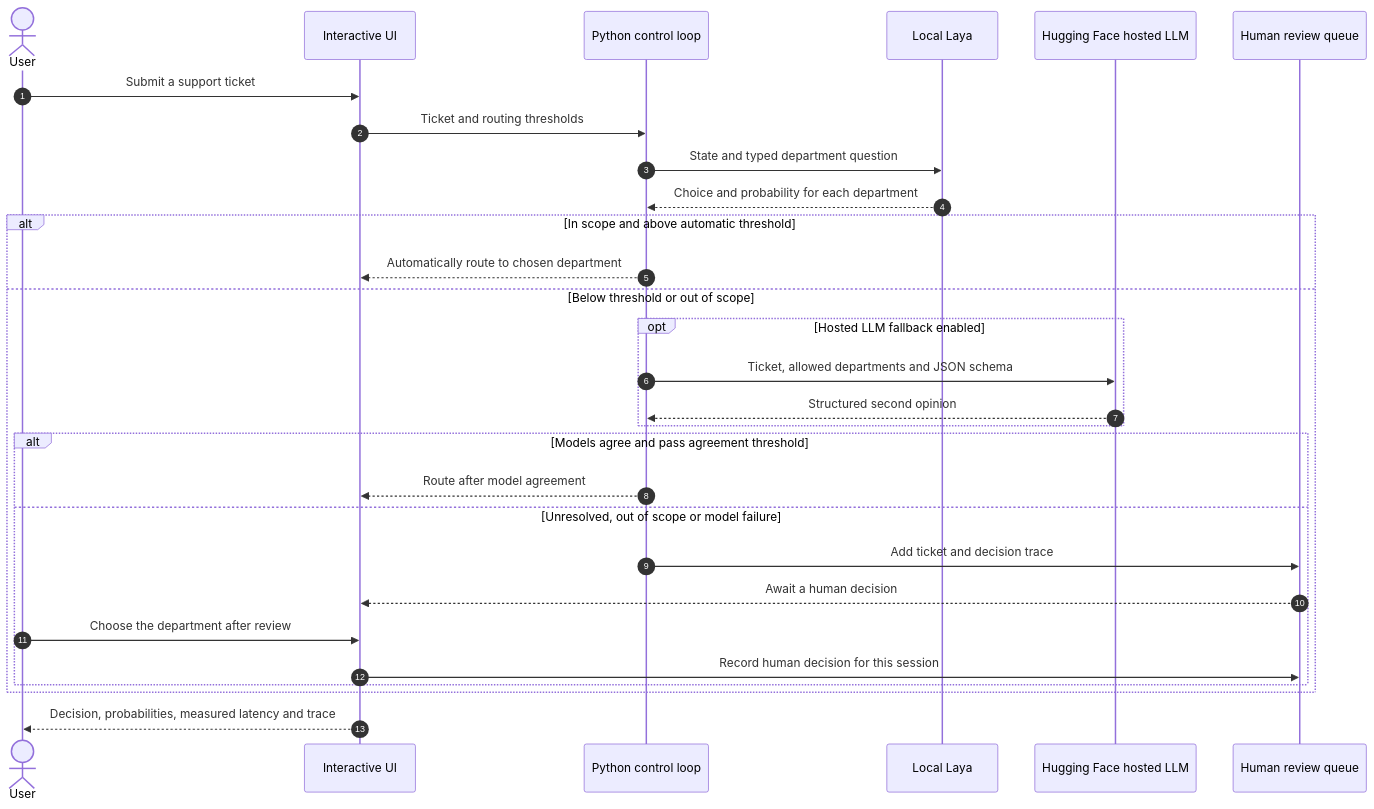
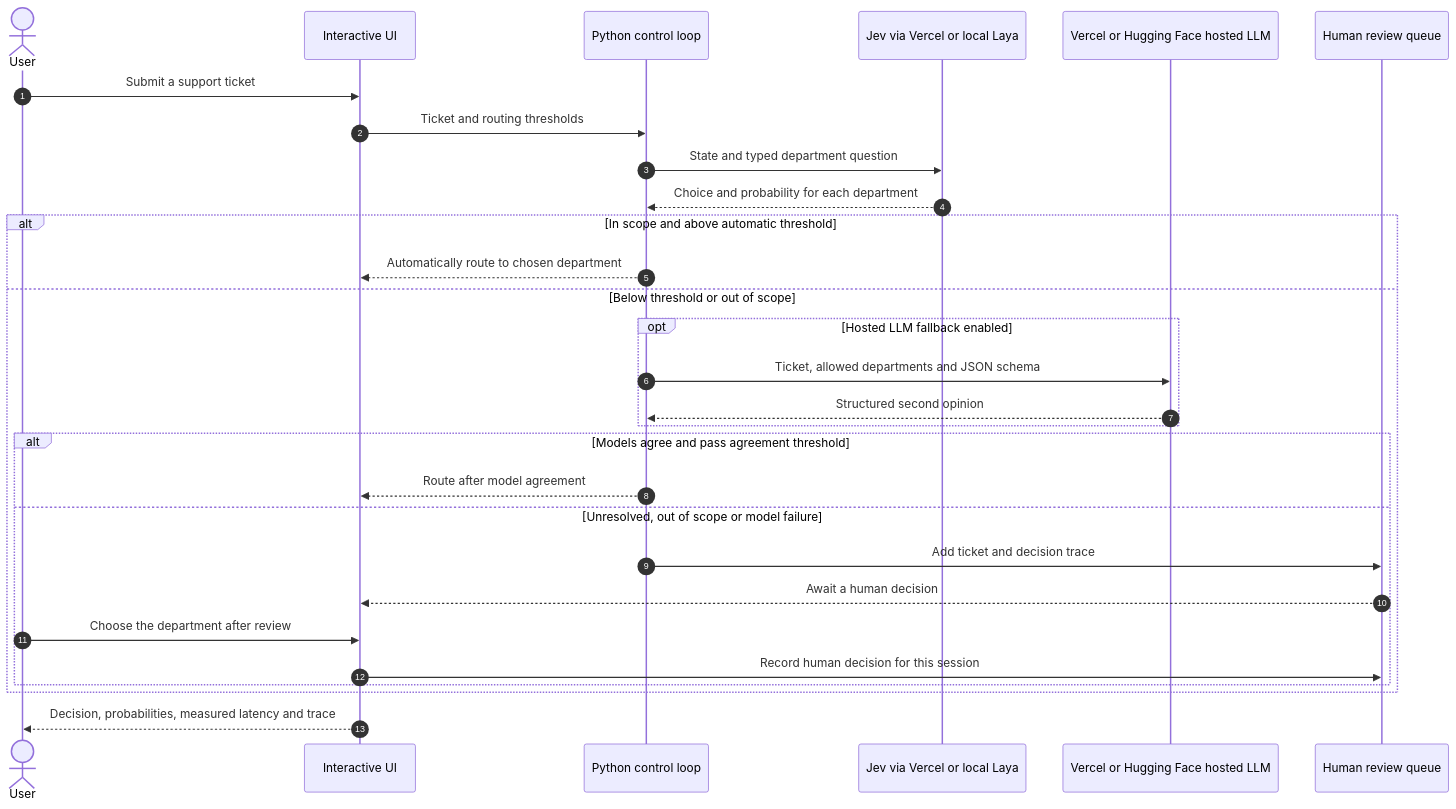
Before and after one commit to nikhilbhide/decision-router: the first of 2 diagrams in README.md, drawn with Mermaid. The commit also changed other lines of this file and 9 other files, not shown here.

Commit message:
feat: add hosted Jev and Vercel LLM connections

````diff
--- a/README.md
+++ b/README.md
@@ -17,31 +18,31 @@
 ```mermaid
 sequenceDiagram
     autonumber
     actor Owner as User
     participant UI as Interactive UI
     participant Control as Python control loop
-    participant SystemOne as Local Laya
-    participant LLM as Hugging Face hosted LLM
+    participant SystemOne as Jev via Vercel or local Laya
+    participant LLM as Vercel or Hugging Face hosted LLM
     participant Review as Human review queue
     Owner->>UI: Submit a support ticket
     UI->>Control: Ticket and routing thresholds
     Control->>SystemOne: State and typed department question
     SystemOne-->>Control: Choice and probability for each department
     alt In scope and above automatic threshold
         Control-->>UI: Automatically route to chosen department
     else Below threshold or out of scope
         opt Hosted LLM fallback enabled
             Control->>LLM: Ticket, allowed departments and JSON schema
             LLM-->>Control: Structured second opinion
         end
         alt Models agree and pass agreement threshold
             Control-->>UI: Route after model agreement
         else Unresolved, out of scope or model failure
             Control->>Review: Add ticket and decision trace
             Review-->>UI: Await a human decision
             Owner->>UI: Choose the department after review
             UI->>Review: Record human decision for this session
         end
     end
     UI-->>Owner: Decision, probabilities, measured latency and trace
 ```
````
